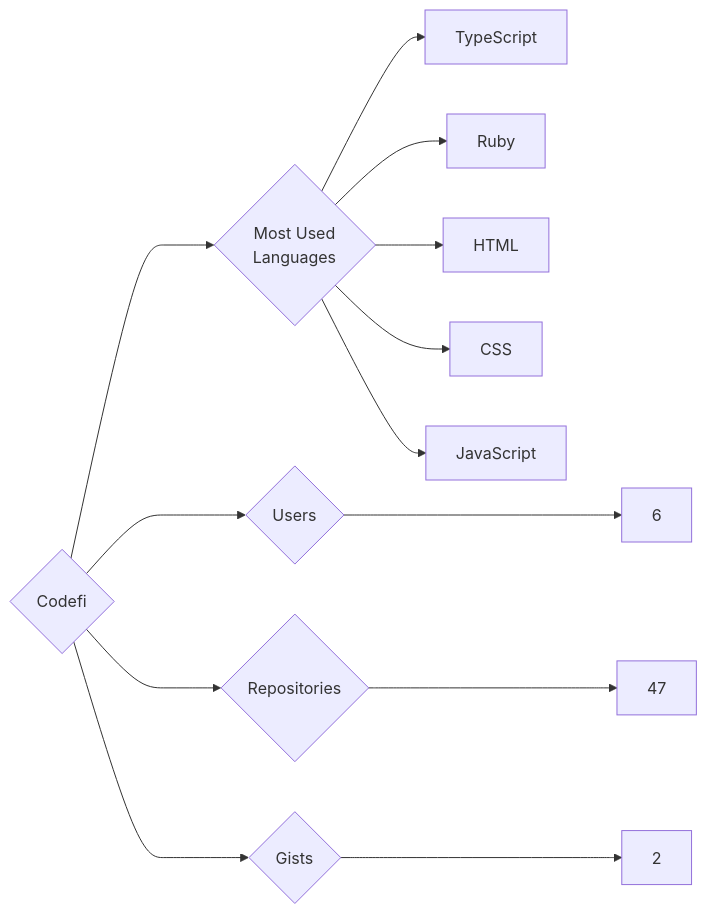
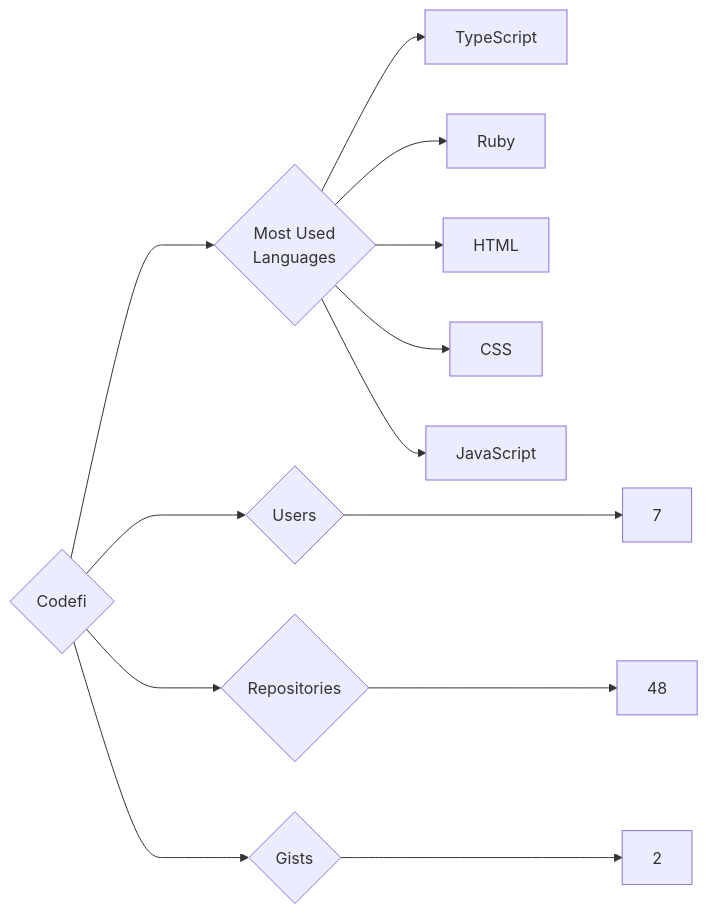
The diagram in targets/Codefi/README.md (trickest/insiders), drawn with Mermaid before and after one commit. The commit also changed 1020 other files, not shown here.

````diff
--- a/targets/Codefi/README.md
+++ b/targets/Codefi/README.md
@@ -3,13 +3,13 @@
 ```mermaid
 graph LR
 COMPANY_NAME{Codefi}
-COMPANY_NAME ---> U{Users} ---> UN[6]
-COMPANY_NAME ---> R{Repositories} ---> RN[47]
+COMPANY_NAME ---> U{Users} ---> UN[7]
+COMPANY_NAME ---> R{Repositories} ---> RN[48]
 COMPANY_NAME ---> G{Gists} ---> GN[2]
 COMPANY_NAME ---> ML{Most Used<br>Languages}
 ML --> TypeScript[TypeScript]
 ML --> Ruby[Ruby]
 ML --> HTML[HTML]
 ML --> CSS[CSS]
 ML --> JavaScript[JavaScript]
 ```
````
